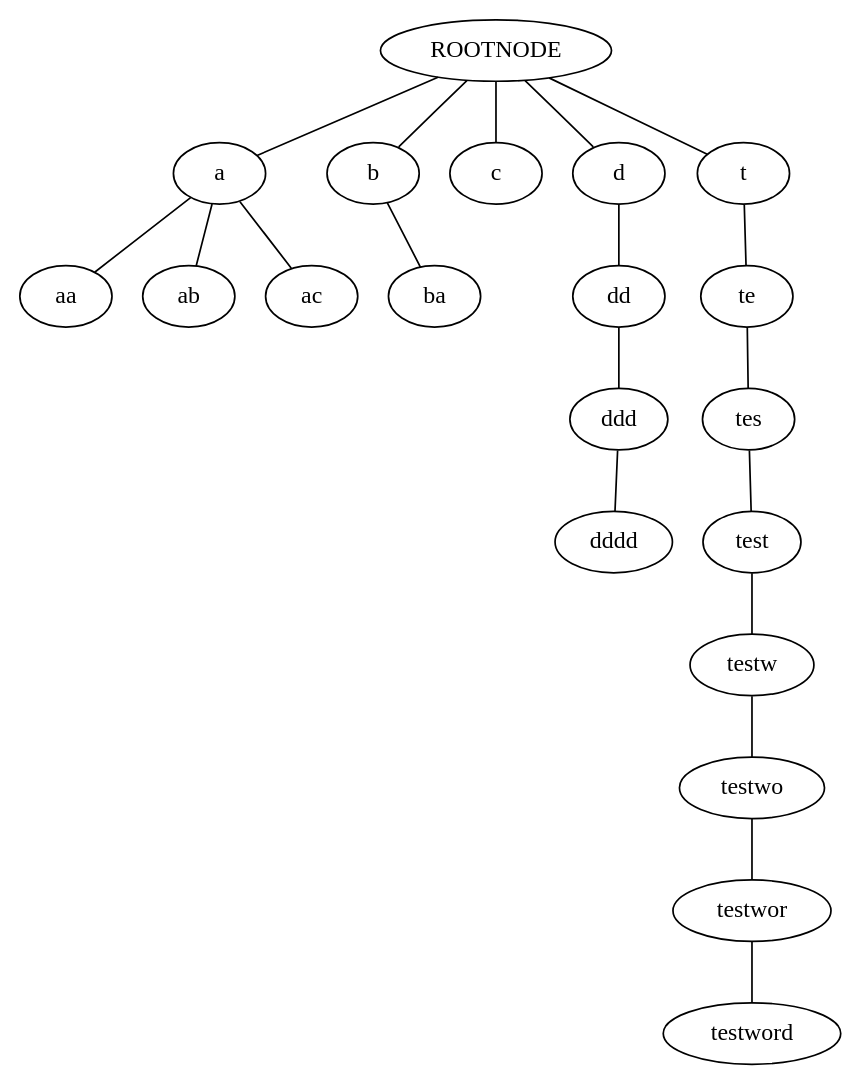
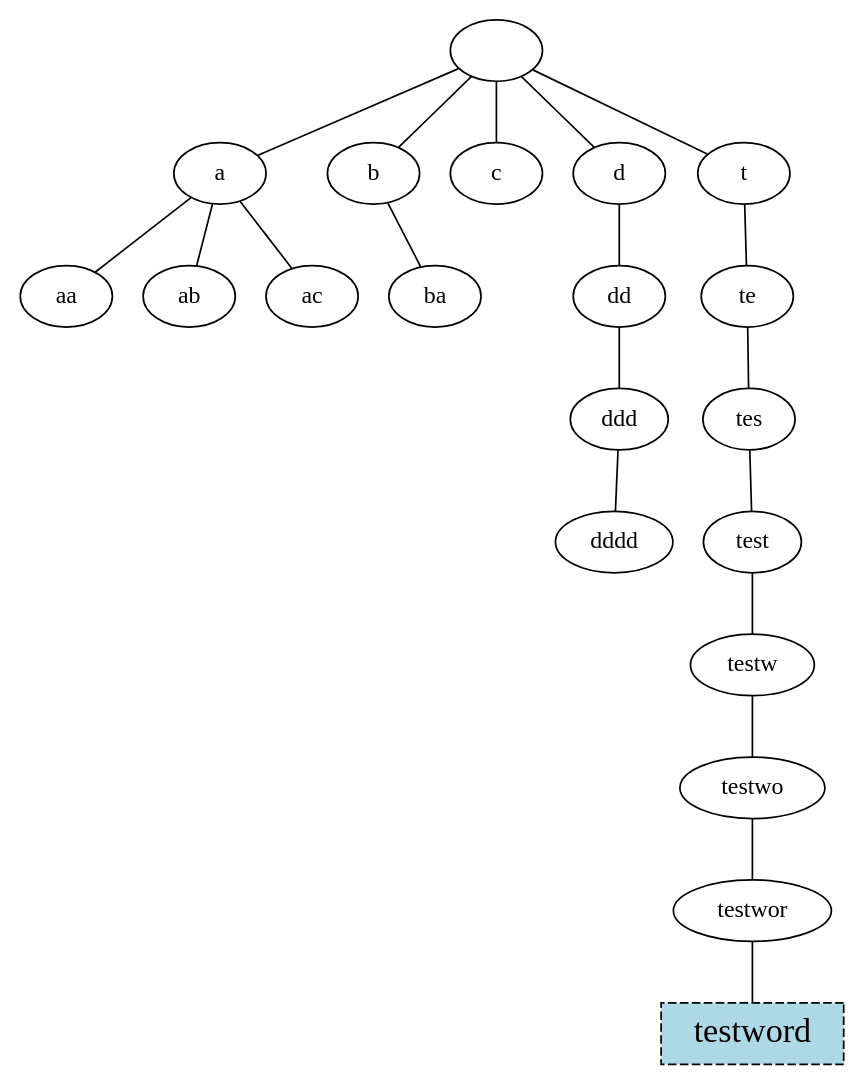
One commit to MMartisiusCS/CSC212-Trie-Group17 changed the diagram in Source/graph.gv. Above: the diagram before and after it, drawn with Graphviz. The commit also changed 3 other files, not shown here.

```diff
--- a/Source/graph.gv
+++ b/Source/graph.gv
@@ -1,21 +1,25 @@
 graph TrieTreeGraph {
 ROOTNODE -- a
-ROOTNODE -- b
-ROOTNODE -- c
-ROOTNODE -- d
-ROOTNODE -- t
-a -- aa
+ROOTNODE [label=""]ROOTNODE -- b
+ROOTNODE [label=""]ROOTNODE -- c
+ROOTNODE [label=""]ROOTNODE -- d
+ROOTNODE [label=""]ROOTNODE -- t
+ROOTNODE [label=""]a -- aa
 a -- ab
 a -- ac
 b -- ba
 d -- dd
 dd -- ddd
 ddd -- dddd
 t -- te
 te -- tes
 tes -- test
 test -- testw
 testw -- testwo
 testwo -- testwor
 testwor -- testword
+testword [style="filled,dashed"
+shape=box
+fontsize=20.0
+fillcolor=lightblue];
 }
```
